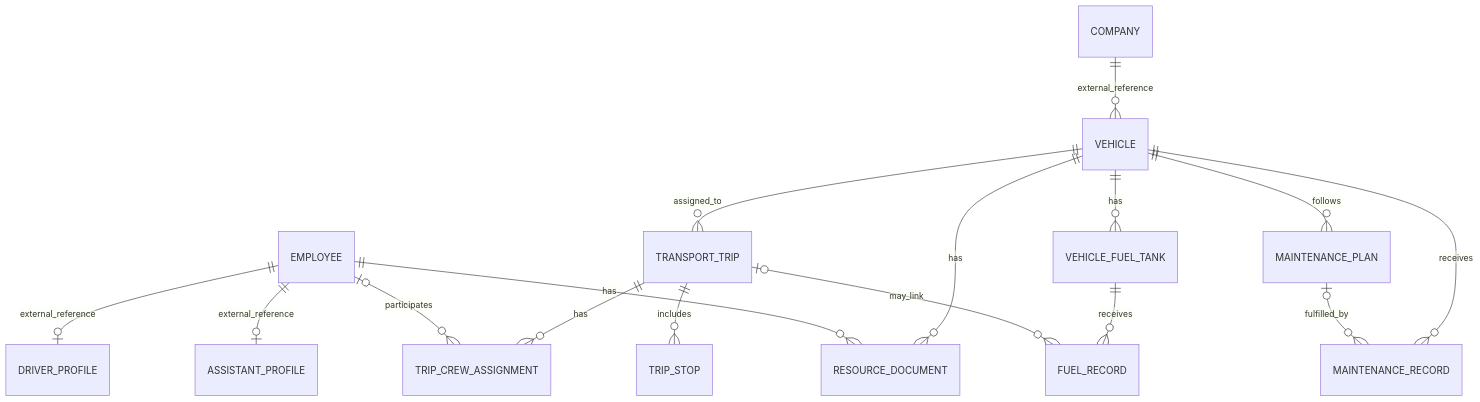
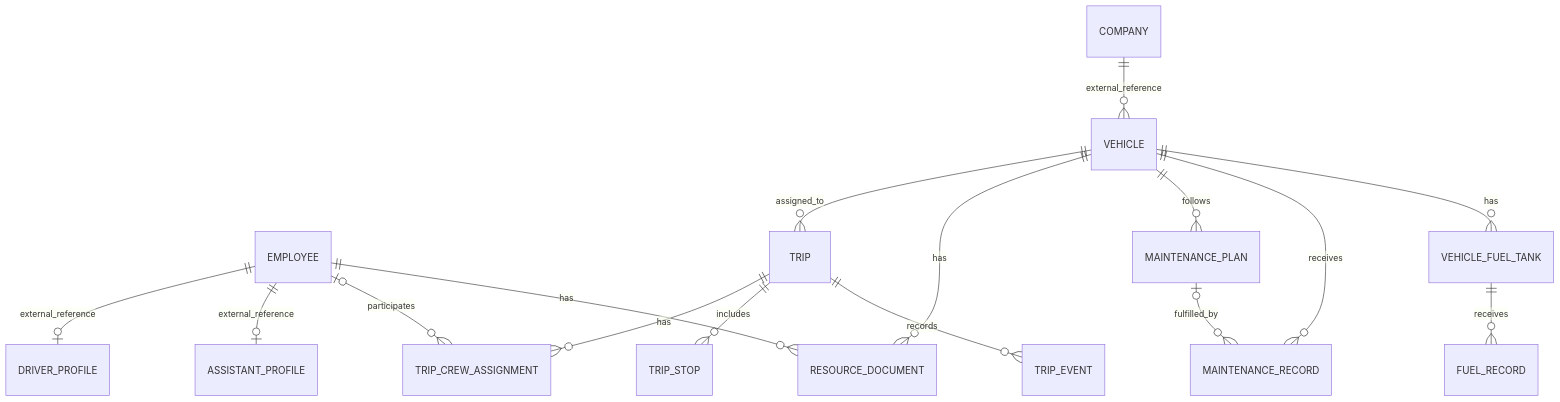
One commit to joseluiszamora/mvp-transporte changed the diagram in docs/data-model.md. Above: the diagram before and after it, drawn with Mermaid. The commit also changed other lines of this file and 18 other files, not shown here.

````diff
--- a/docs/data-model.md
+++ b/docs/data-model.md
@@ -52,18 +55,18 @@
 ```mermaid
 erDiagram
     COMPANY ||--o{ VEHICLE : external_reference
     EMPLOYEE ||--o| DRIVER_PROFILE : external_reference
     EMPLOYEE ||--o| ASSISTANT_PROFILE : external_reference
-    VEHICLE ||--o{ TRANSPORT_TRIP : assigned_to
-    TRANSPORT_TRIP ||--o{ TRIP_CREW_ASSIGNMENT : has
+    VEHICLE ||--o{ TRIP : assigned_to
+    TRIP ||--o{ TRIP_CREW_ASSIGNMENT : has
     EMPLOYEE o|--o{ TRIP_CREW_ASSIGNMENT : participates
-    TRANSPORT_TRIP ||--o{ TRIP_STOP : includes
+    TRIP ||--o{ TRIP_STOP : includes
+    TRIP ||--o{ TRIP_EVENT : records
     VEHICLE ||--o{ RESOURCE_DOCUMENT : has
     EMPLOYEE ||--o{ RESOURCE_DOCUMENT : has
     VEHICLE ||--o{ MAINTENANCE_PLAN : follows
     VEHICLE ||--o{ MAINTENANCE_RECORD : receives
     MAINTENANCE_PLAN o|--o{ MAINTENANCE_RECORD : fulfilled_by
     VEHICLE ||--o{ VEHICLE_FUEL_TANK : has
     VEHICLE_FUEL_TANK ||--o{ FUEL_RECORD : receives
-    TRANSPORT_TRIP o|--o{ FUEL_RECORD : may_link
 ```
````
